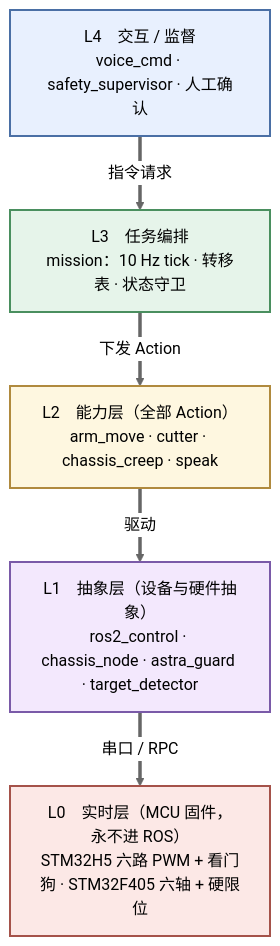
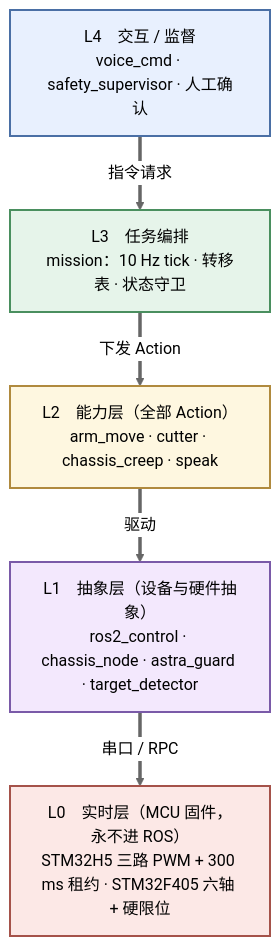
Before and after one commit to BohnChen/PickOrangeDummy: the diagram in docs/diagrams/01-layers.mmd, drawn with Mermaid (neutral theme). The commit also changed 16 other files, not shown here.

```diff
--- a/docs/diagrams/01-layers.mmd
+++ b/docs/diagrams/01-layers.mmd
@@ -1,22 +1,22 @@
 graph TB
     L4["L4　交互 / 监督<br/>voice_cmd · safety_supervisor · 人工确认"]
     L3["L3　任务编排<br/>mission：10 Hz tick · 转移表 · 状态守卫"]
     L2["L2　能力层（全部 Action）<br/>arm_move · cutter · chassis_creep · speak"]
     L1["L1　抽象层（设备与硬件抽象）<br/>ros2_control · chassis_node · astra_guard · target_detector"]
-    L0["L0　实时层（MCU 固件，永不进 ROS）<br/>STM32H5 六路 PWM + 看门狗 · STM32F405 六轴 + 硬限位"]
+    L0["L0　实时层（MCU 固件，永不进 ROS）<br/>STM32H5 三路 PWM + 300 ms 租约 · STM32F405 六轴 + 硬限位"]
 
     L4 ==>|"指令请求"| L3
     L3 ==>|"下发 Action"| L2
     L2 ==>|"驱动"| L1
     L1 ==>|"串口 / RPC"| L0
 
     classDef l4 fill:#e8f0fe,stroke:#4a6fa5,stroke-width:2px
     classDef l3 fill:#e6f4ea,stroke:#4a8f5f,stroke-width:2px
     classDef l2 fill:#fef7e0,stroke:#b08a3e,stroke-width:2px
     classDef l1 fill:#f3e8fd,stroke:#7a5aa8,stroke-width:2px
     classDef l0 fill:#fce8e6,stroke:#a5524a,stroke-width:2px
     class L4 l4
     class L3 l3
     class L2 l2
     class L1 l1
     class L0 l0
```
